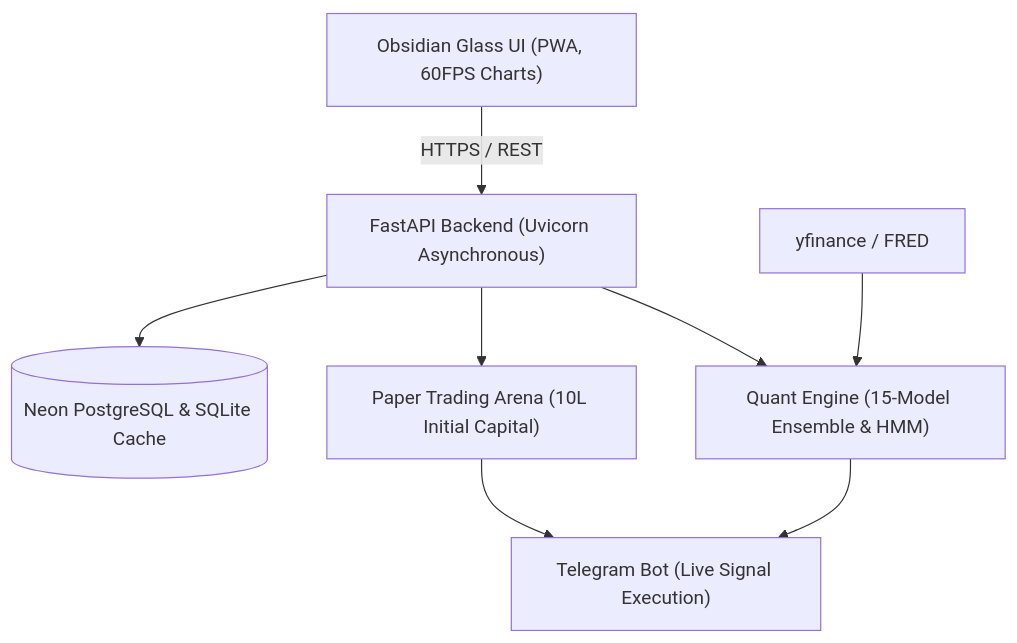
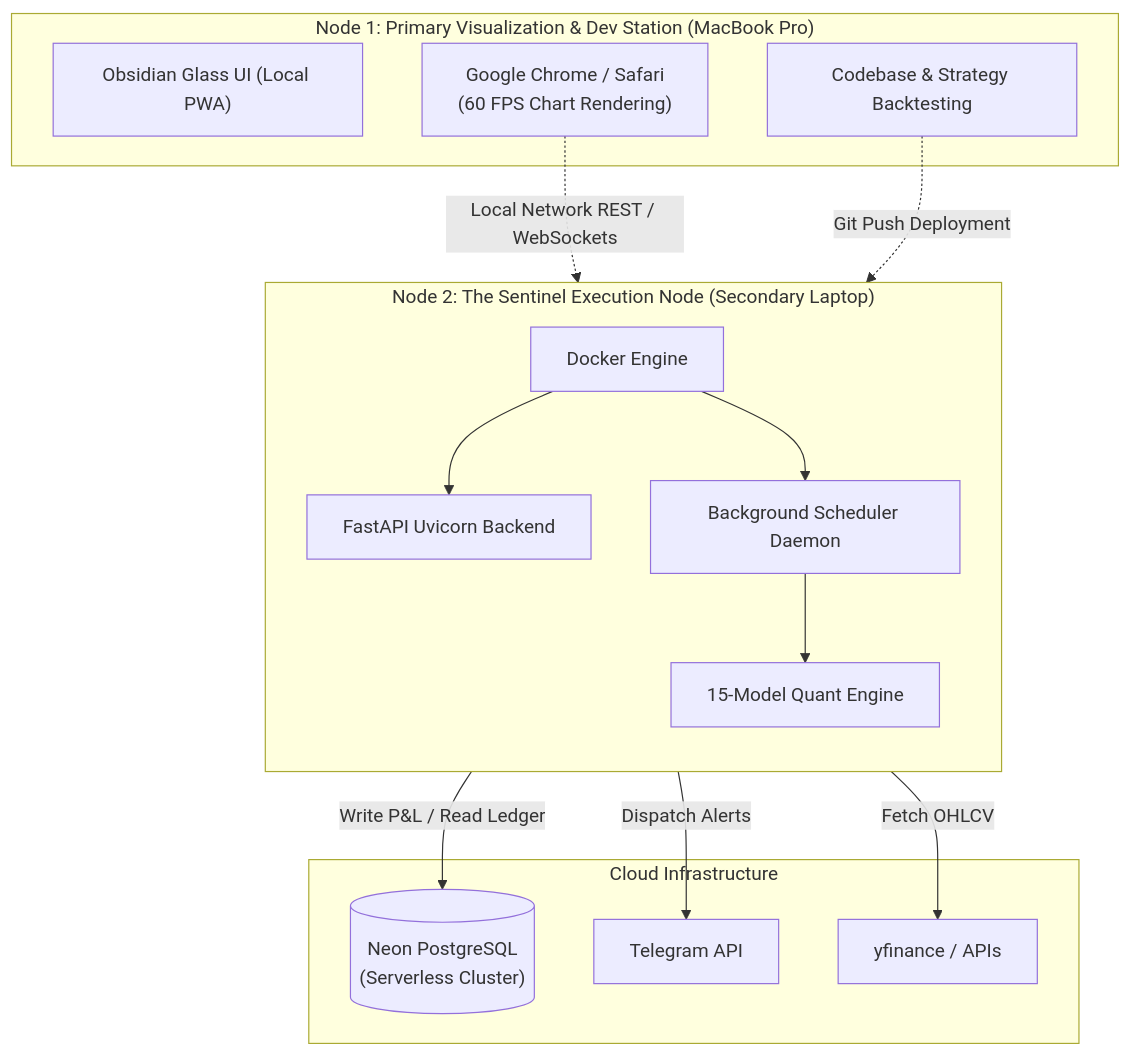
One commit to SaiSiddharthBS/MarketAnalyser changed the second of 4 diagrams in README.md. Above: the diagram before and after it, drawn with Mermaid. The commit also changed other lines of this file, not shown here.

Commit message:
docs: Add dual-node architecture, horizon expertise, docker, and benchmark charts

````diff
--- a/README.md
+++ b/README.md
@@ -64,10 +76,32 @@
 ```mermaid
-graph TD
-    UI["Obsidian Glass UI (PWA, 60FPS Charts)"] -->|HTTPS / REST| API["FastAPI Backend (Uvicorn Asynchronous)"]
-    API --> Quant["Quant Engine (15-Model Ensemble & HMM)"]
-    API --> Arena["Paper Trading Arena (10L Initial Capital)"]
-    API --> DB[("Neon PostgreSQL & SQLite Cache")]
-    Quant --> TG["Telegram Bot (Live Signal Execution)"]
-    Arena --> TG
-    DataFetch["yfinance / FRED"] --> Quant
+graph TB
+    subgraph "Node 1: Primary Visualization & Dev Station (MacBook Pro)"
+        UI["Obsidian Glass UI (Local PWA)"]
+        Dev["Codebase & Strategy Backtesting"]
+        UI_Browser["Google Chrome / Safari<br/>(60 FPS Chart Rendering)"]
+    end
+
+    subgraph "Node 2: The Sentinel Execution Node (Secondary Laptop)"
+        direction TB
+        Docker["Docker Engine"]
+        FastAPI["FastAPI Uvicorn Backend"]
+        Cron["Background Scheduler Daemon"]
+        Quant["15-Model Quant Engine"]
+        
+        Docker --> FastAPI
+        Docker --> Cron
+        Cron --> Quant
+    end
+
+    subgraph "Cloud Infrastructure"
+        DB[("Neon PostgreSQL<br/>(Serverless Cluster)")]
+        TG["Telegram API"]
+        Data["yfinance / APIs"]
+    end
+
+    UI_Browser -.->|Local Network REST / WebSockets| FastAPI
+    Quant -->|Write P&L / Read Ledger| DB
+    Quant -->|Fetch OHLCV| Data
+    Cron -->|Dispatch Alerts| TG
+    Dev -.->|Git Push Deployment| Docker
 ```
````
